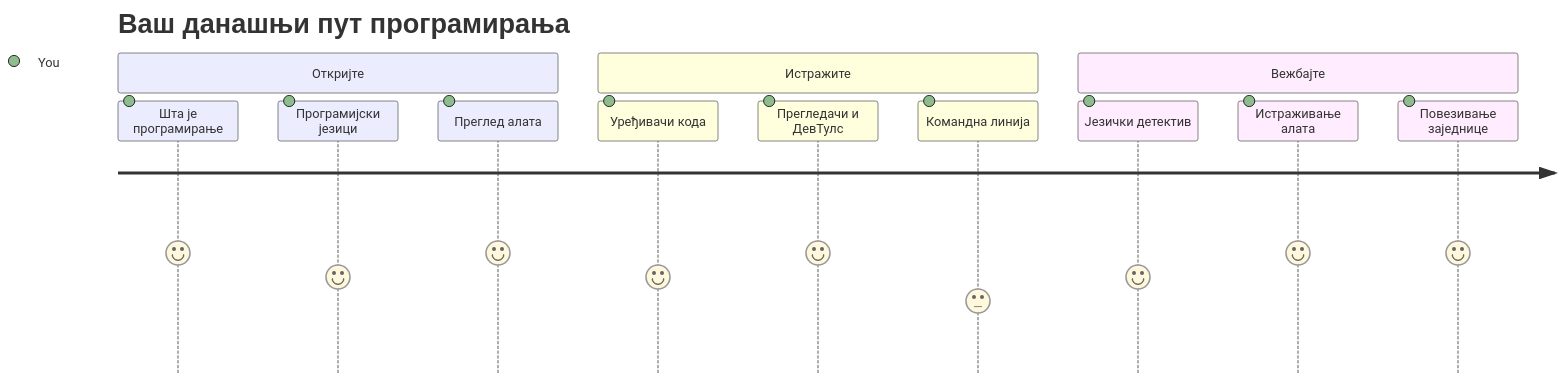
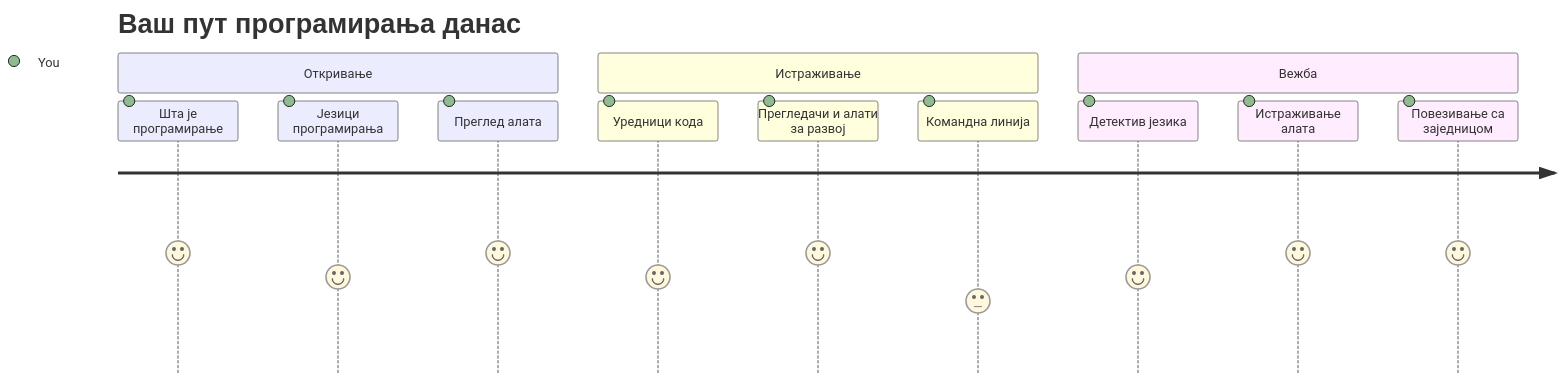
One commit to microsoft/Web-Dev-For-Beginners changed the first of 7 diagrams in translations/sr/1-getting-started-lessons/1-intro-to-programming-languages/README.md. Above: the diagram before and after it, drawn with Mermaid. The commit also changed other lines of this file and 11 other files, not shown here.

````diff
--- a/translations/sr/1-getting-started-lessons/1-intro-to-programming-languages/README.md
+++ b/translations/sr/1-getting-started-lessons/1-intro-to-programming-languages/README.md
@@ -14,16 +14,16 @@
 ```mermaid
 journey
-    title Ваш данашњи пут програмирања
-    section Откријте
+    title Ваш пут програмирања данас
+    section Откривање
       Шта је програмирање: 5: You
-      Програмијски језици: 4: You
+      Језици програмирања: 4: You
       Преглед алата: 5: You
-    section Истражите
-      Уређивачи кода: 4: You
-      Прегледачи и ДевТулс: 5: You
+    section Истраживање
+      Уредници кода: 4: You
+      Прегледачи и алати за развој: 5: You
       Командна линија: 3: You
-    section Вежбајте
-      Језички детектив: 4: You
+    section Вежба
+      Детектив језика: 4: You
       Истраживање алата: 5: You
-      Повезивање заједнице: 5: You
+      Повезивање са заједницом: 5: You
 ```
````
